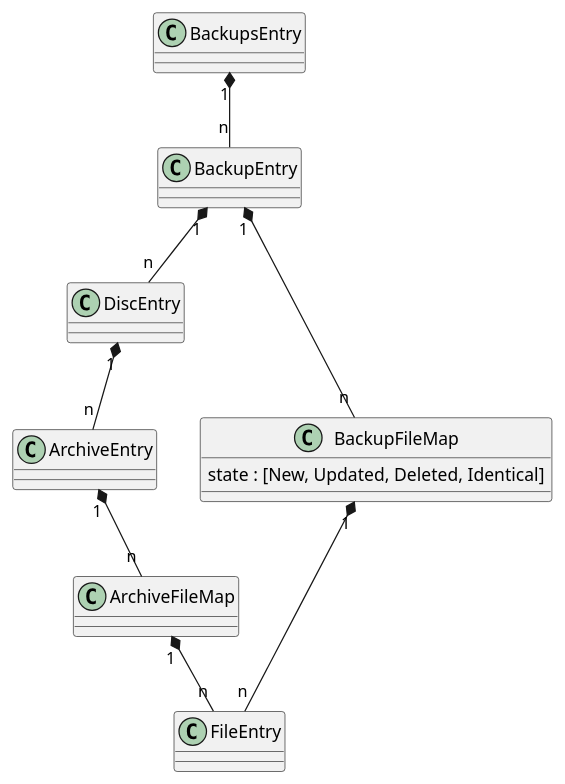
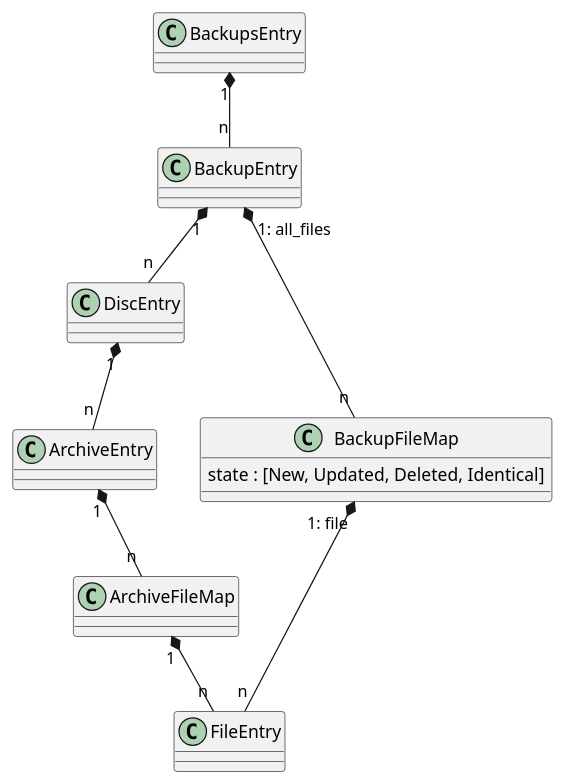
One commit to markus-seidl/pybutcherbackup changed the diagram in backup/db/db.puml. Above: the diagram before and after it, drawn with PlantUML. The commit also changed 9 other files, not shown here.

```diff
--- a/backup/db/db.puml
+++ b/backup/db/db.puml
@@ -1,17 +1,17 @@
 @startuml
 
 BackupsEntry  "1" *-- "n" BackupEntry
 BackupEntry "1" *-- "n" DiscEntry
 DiscEntry "1" *-- "n" ArchiveEntry
 
 ArchiveEntry "1" *-- "n" ArchiveFileMap
 ArchiveFileMap "1" *-- "n" FileEntry
 
-BackupEntry "1" *-- "n" BackupFileMap
-BackupFileMap "1" *-- "n" FileEntry
+BackupEntry "1: all_files" *-- "n" BackupFileMap
+BackupFileMap "1: file" *-- "n" FileEntry
 
 class BackupFileMap {
     state : [New, Updated, Deleted, Identical]
 }
 
 @enduml
```
